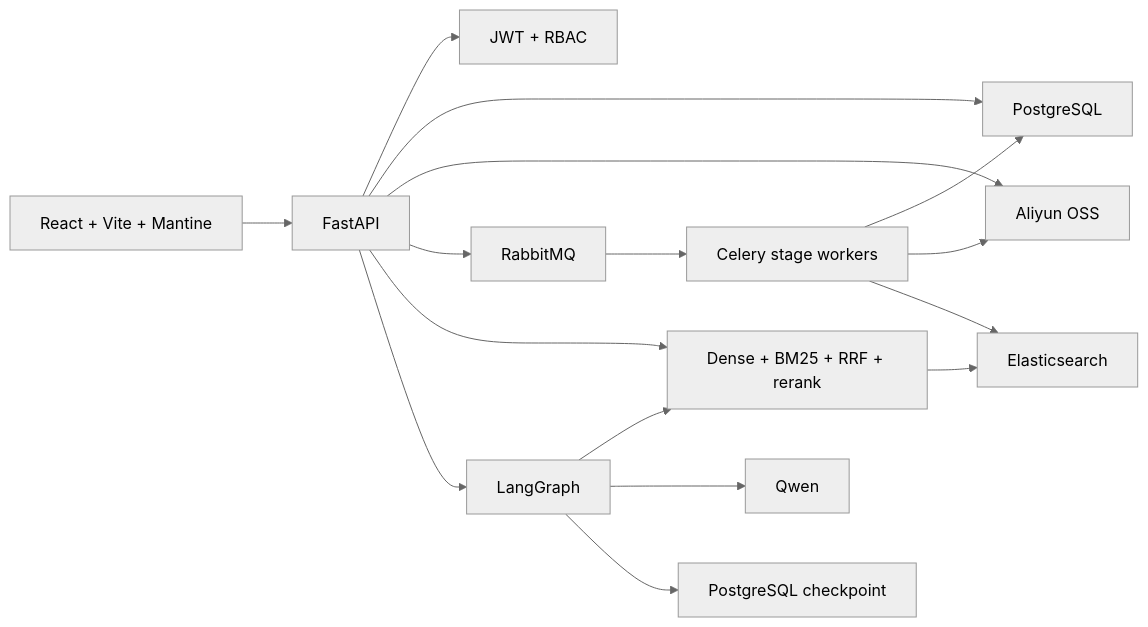
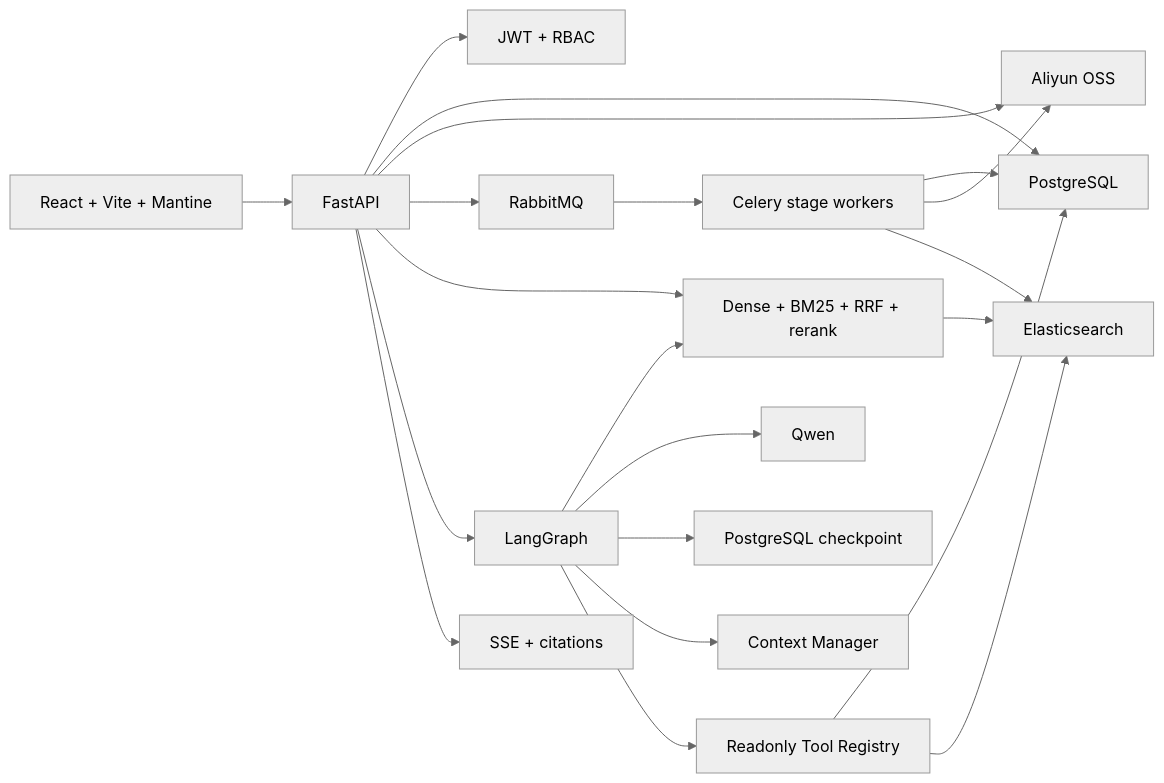
One commit to XueyuanChen-china/ai-knowledge-hub changed the diagram in docs/architecture/system-overview.md. Above: the diagram before and after it, drawn with Mermaid (neutral theme). The commit also changed other lines of this file and 74 other files, not shown here.

````diff
--- a/docs/architecture/system-overview.md
+++ b/docs/architecture/system-overview.md
@@ -9,18 +9,23 @@
 ```mermaid
 flowchart LR
     UI["React + Vite + Mantine"] --> API["FastAPI"]
     API --> AUTH["JWT + RBAC"]
     API --> PG["PostgreSQL"]
     API --> OSS["Aliyun OSS"]
     API --> MQ["RabbitMQ"]
     MQ --> CW["Celery stage workers"]
     CW --> PG
     CW --> OSS
     CW --> ES["Elasticsearch"]
     API --> RET["Dense + BM25 + RRF + rerank"]
     RET --> ES
     API --> GRAPH["LangGraph"]
     GRAPH --> RET
     GRAPH --> QWEN["Qwen"]
     GRAPH --> CP["PostgreSQL checkpoint"]
+    GRAPH --> CTX["Context Manager"]
+    GRAPH --> TOOLS["Readonly Tool Registry"]
+    TOOLS --> PG
+    TOOLS --> ES
+    API --> SSE["SSE + citations"]
 ```
````
